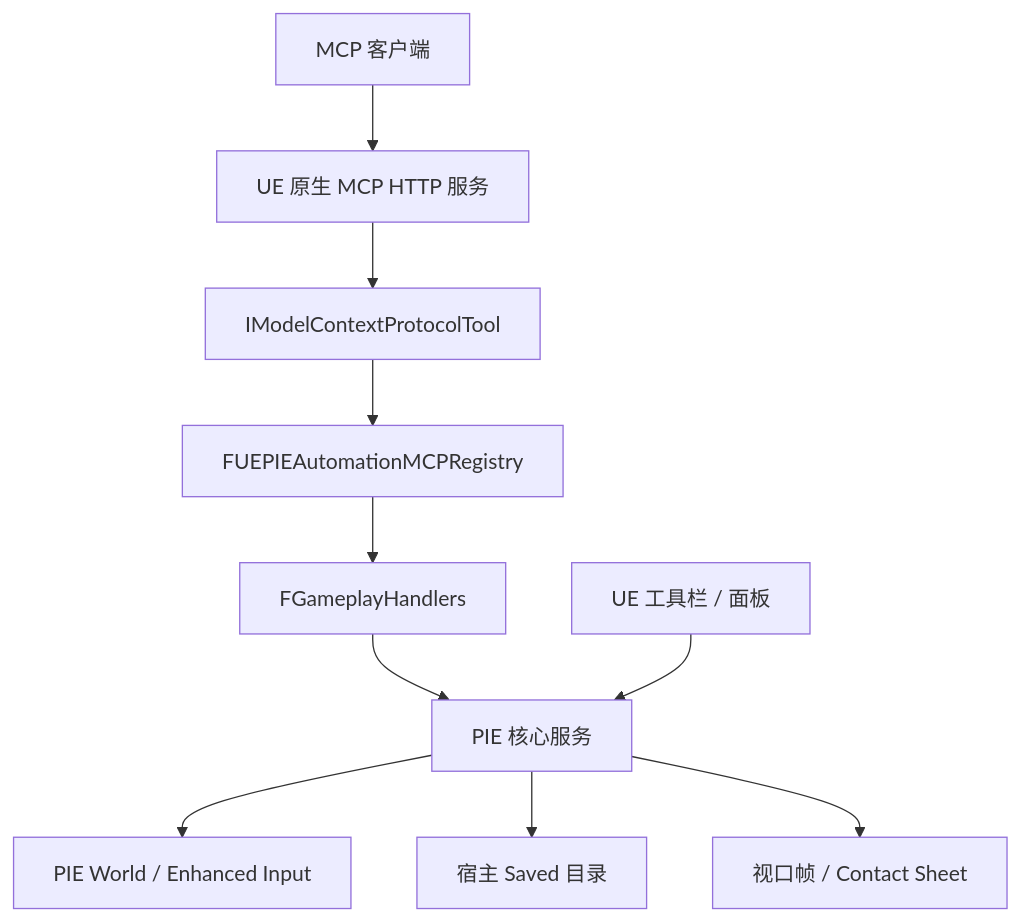
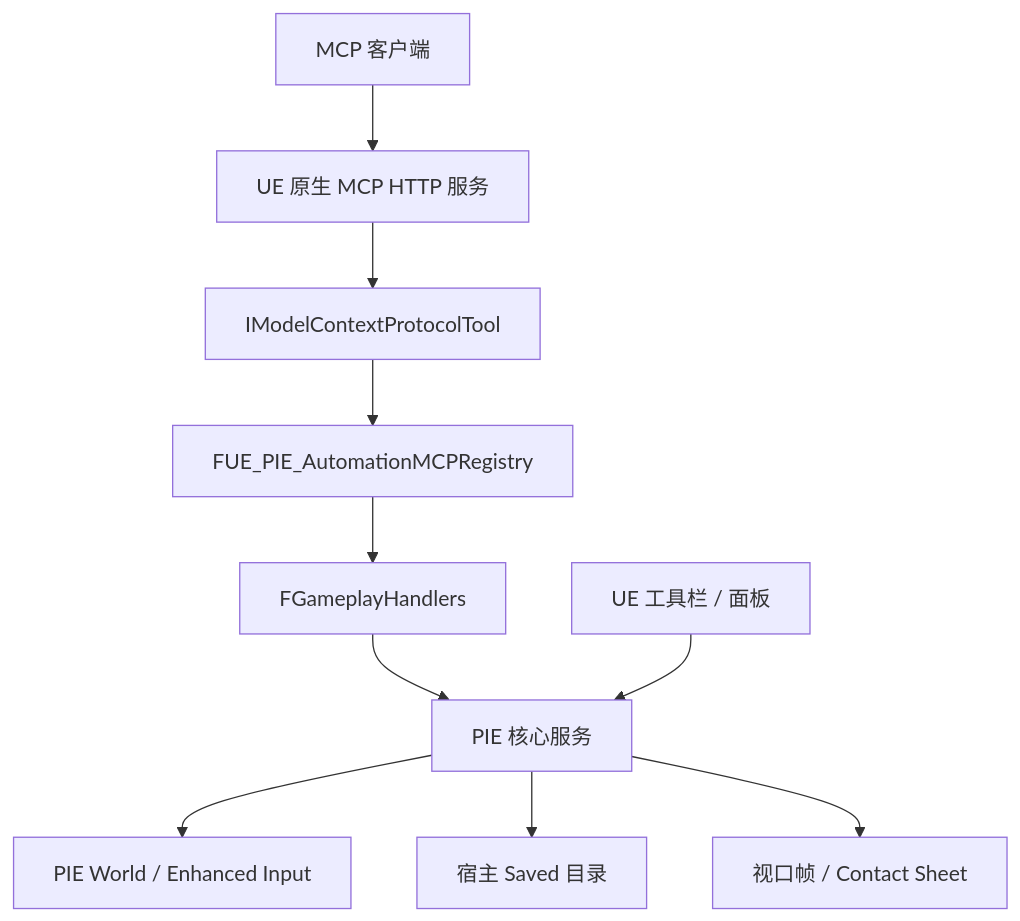
The diagram in ARCHITECTURE.zh-CN.md (JasonMa0012/ue-pie-automation), drawn with Mermaid before and after one commit. The commit also changed other lines of this file and 136 other files, not shown here.

````diff
--- a/ARCHITECTURE.zh-CN.md
+++ b/ARCHITECTURE.zh-CN.md
@@ -23,12 +23,12 @@
 ```mermaid
 flowchart TD
     Client[MCP 客户端] --> UE[UE 原生 MCP HTTP 服务]
     UE --> Tools[IModelContextProtocolTool]
-    Tools --> Registry[FUEPIEAutomationMCPRegistry]
+    Tools --> Registry[FUE_PIE_AutomationMCPRegistry]
     Registry --> Handlers[FGameplayHandlers]
     Handlers --> Services[PIE 核心服务]
     UI[UE 工具栏 / 面板] --> Services
     Services --> World[PIE World / Enhanced Input]
     Services --> Files[宿主 Saved 目录]
     Services --> Capture[视口帧 / Contact Sheet]
 ```
````
